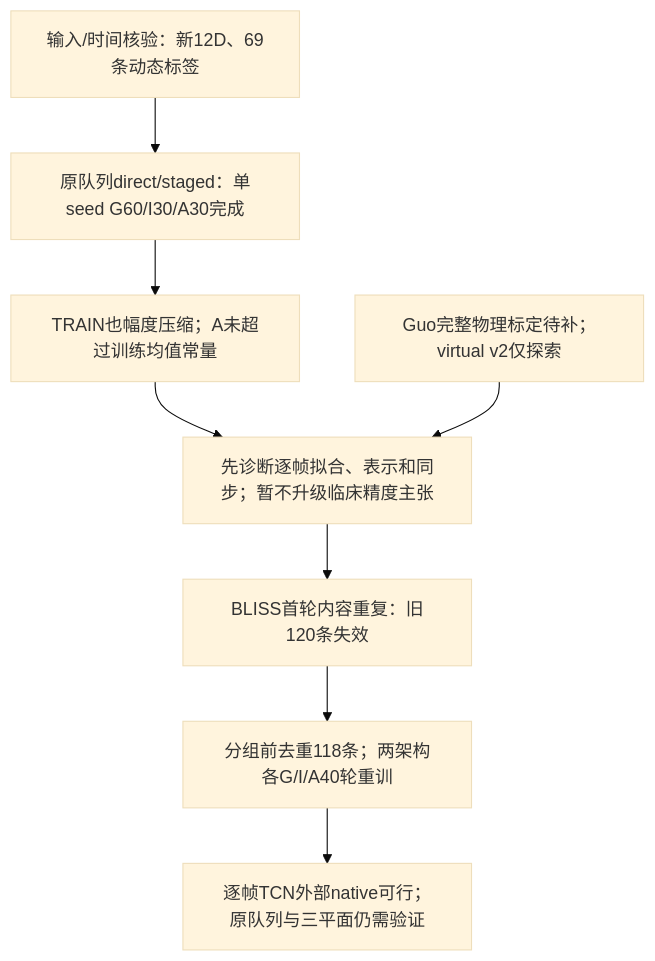
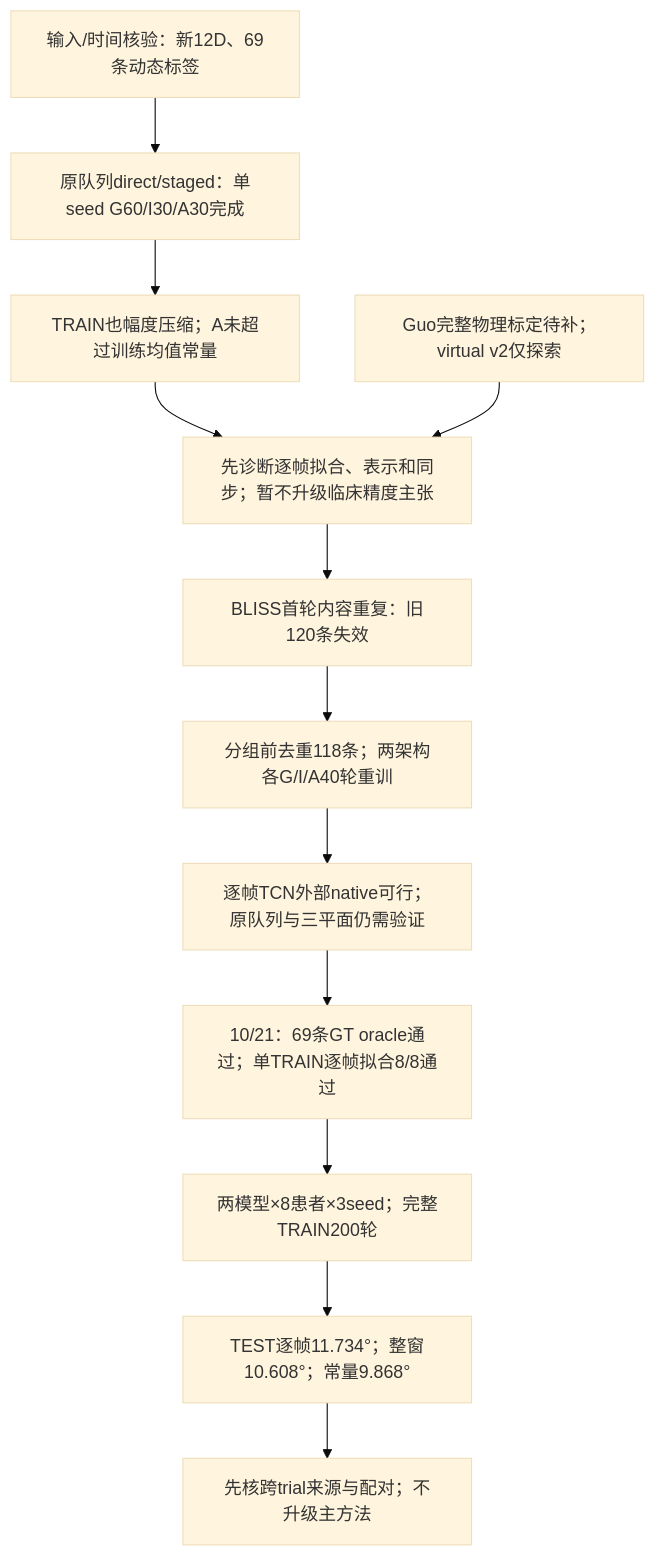
Before and after one commit to InchengWang/NMS-GAP: the diagram in Digital Twin/halfyeat/MASTER_MIDTERM_OUTLINE_ZH.md, drawn with Mermaid (base theme). The commit also changed other lines of this file and 7 other files, not shown here.

````diff
--- a/Digital Twin/halfyeat/MASTER_MIDTERM_OUTLINE_ZH.md
+++ b/Digital Twin/halfyeat/MASTER_MIDTERM_OUTLINE_ZH.md
@@ -125,10 +125,14 @@
 ```mermaid
 flowchart TD
     A["输入/时间核验：新12D、69条动态标签"] --> B["原队列direct/staged：单seed G60/I30/A30完成"]
     B --> C["TRAIN也幅度压缩；A未超过训练均值常量"]
     C --> D["先诊断逐帧拟合、表示和同步；暂不升级临床精度主张"]
     D --> E["BLISS首轮内容重复：旧120条失效"]
     E --> F["分组前去重118条；两架构各G/I/A40轮重训"]
     F --> G["逐帧TCN外部native可行；原队列与三平面仍需验证"]
+    G --> I["10/21：69条GT oracle通过；单TRAIN逐帧拟合8/8通过"]
+    I --> J["两模型×8患者×3seed；完整TRAIN200轮"]
+    J --> K["TEST逐帧11.734°；整窗10.608°；常量9.868°"]
+    K --> L["先核跨trial来源与配对；不升级主方法"]
     H["Guo完整物理标定待补；virtual v2仅探索"] --> D
 ```
````
